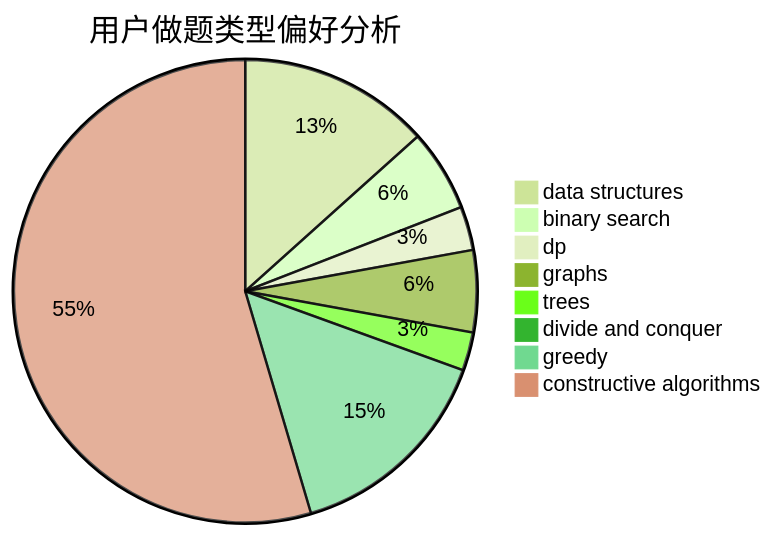
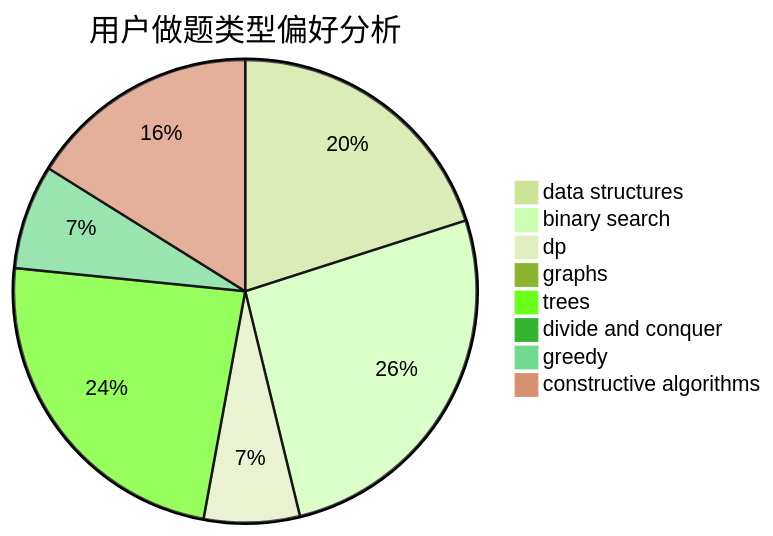
The second of 3 diagrams in docs/user/u1447.md (sherpahu/cfrs.github.io), drawn with Mermaid (forest theme) before and after one commit. The commit also changed other lines of this file and 2770 other files, not shown here.

````diff
--- a/docs/user/u1447.md
+++ b/docs/user/u1447.md
@@ -23,11 +23,11 @@
 ```mermaid
 pie title 用户做题类型偏好分析
-    "data structures" :  35
-    "binary search" :  15
-    "dp" :  8
-    "graphs" :  15
-    "trees" :  7
+    "data structures" :  66
+    "binary search" :  86
+    "dp" :  22
+    "graphs" :  2
+    "trees" :  78
     "divide and conquer" :  0
-    "greedy" :  39
-    "constructive algorithms" :  143
+    "greedy" :  24
+    "constructive algorithms" :  53
 ```
````
